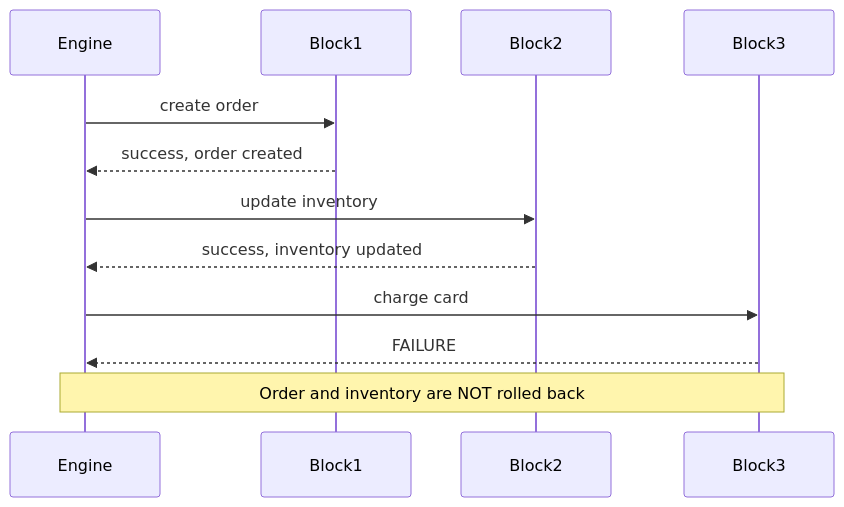
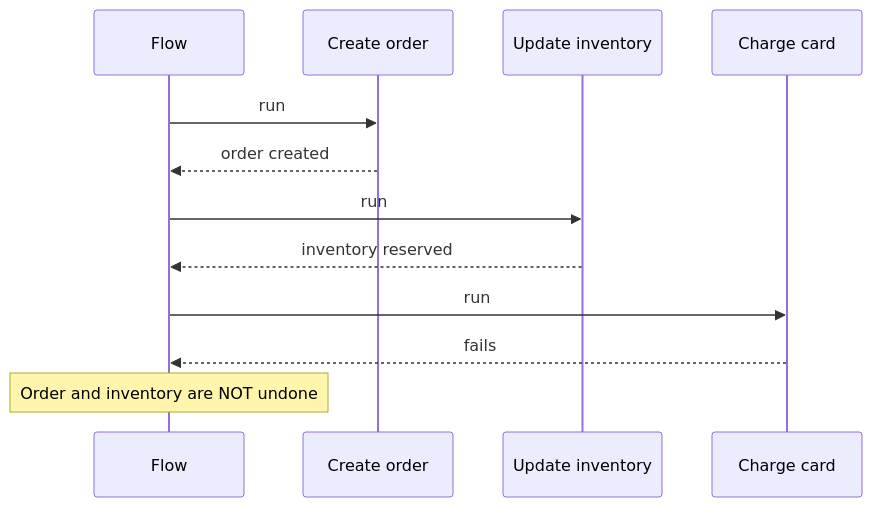
One commit to sillohq/pawabase changed the fifth of 10 diagrams in apps/docs/flows/errors-and-retries.mdx. Above: the diagram before and after it, drawn with Mermaid. The commit also changed other lines of this file and 128 other files, not shown here.

````diff
--- a/apps/docs/flows/errors-and-retries.mdx
+++ b/apps/docs/flows/errors-and-retries.mdx
@@ -158,14 +243,14 @@
 ```mermaid
 sequenceDiagram
-    participant Engine
-    participant Block1
-    participant Block2
-    participant Block3
-    Engine->>Block1: create order
-    Block1-->>Engine: success, order created
-    Engine->>Block2: update inventory
-    Block2-->>Engine: success, inventory updated
-    Engine->>Block3: charge card
-    Block3-->>Engine: FAILURE
-    Note over Engine,Block3: Order and inventory are NOT rolled back
+    participant Flow
+    participant CreateOrder as Create order
+    participant UpdateInventory as Update inventory
+    participant Charge as Charge card
+    Flow->>CreateOrder: run
+    CreateOrder-->>Flow: order created
+    Flow->>UpdateInventory: run
+    UpdateInventory-->>Flow: inventory reserved
+    Flow->>Charge: run
+    Charge-->>Flow: fails
+    Note over Flow: Order and inventory are NOT undone
 ```
````
